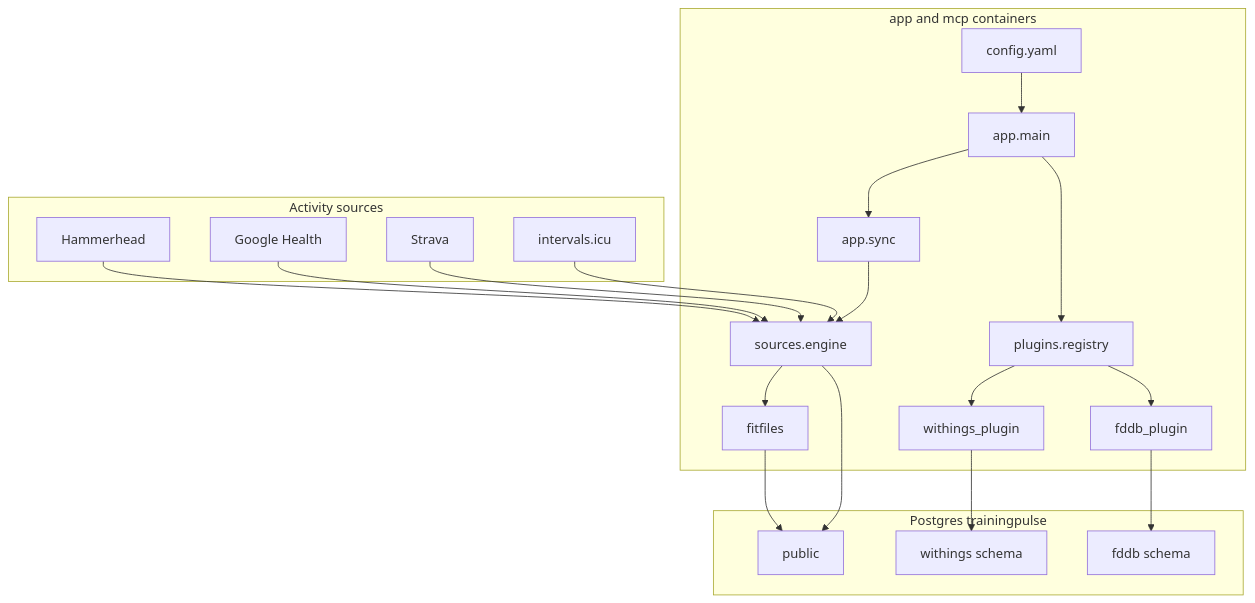
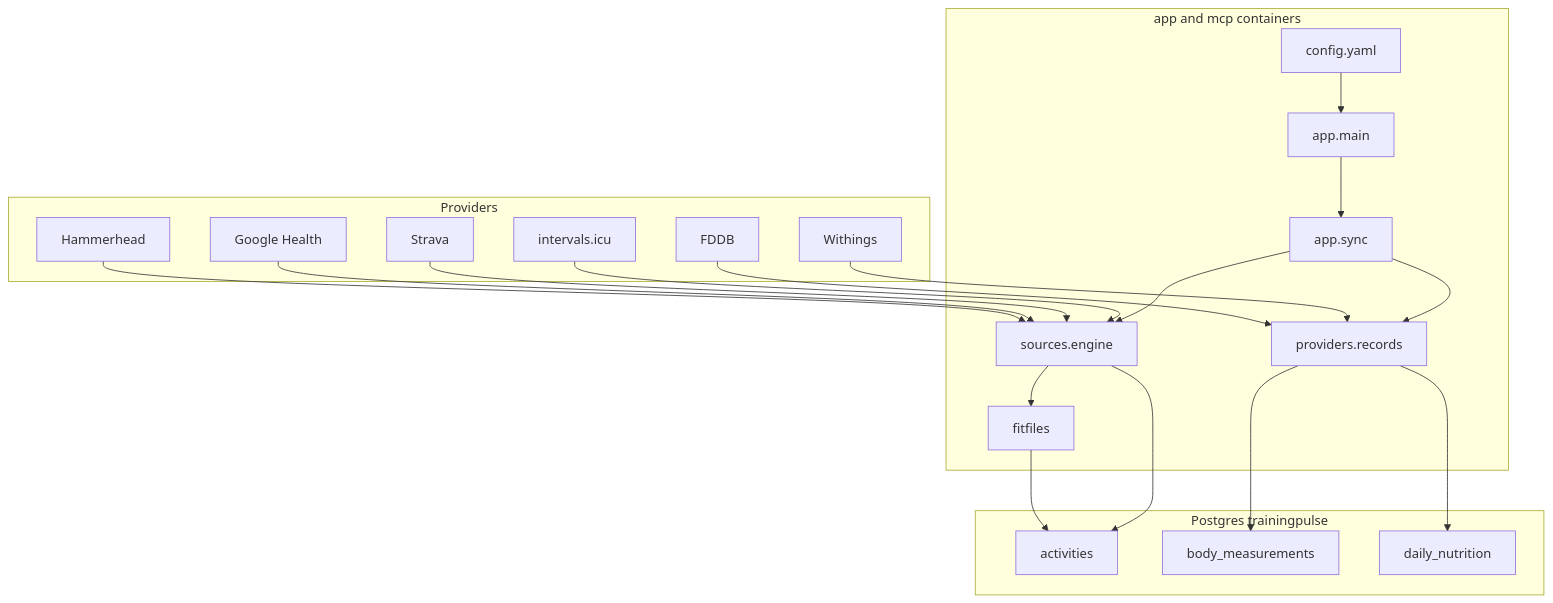
Before and after one commit to mkuf/TrainingPulse: the diagram in DEVELOPERS.md, drawn with Mermaid. The commit also changed other lines of this file and 64 other files, not shown here.

````diff
--- a/DEVELOPERS.md
+++ b/DEVELOPERS.md
@@ -21,37 +21,39 @@
 ```mermaid
 flowchart TB
-  subgraph sources [Activity sources]
+  subgraph providers [Providers]
     ICU[intervals.icu]
     Strava[Strava]
     GHealth[Google Health]
     Hammerhead[Hammerhead]
+    Withings[Withings]
+    FDDB[FDDB]
   end
   subgraph app_container [app and mcp containers]
     Cfg[config.yaml]
     Main[app.main]
     Sync[app.sync]
     Engine[sources.engine]
+    Records[providers.records]
     Fit[fitfiles]
-    Reg[plugins.registry]
     Cfg --> Main
     Main --> Sync
     Sync --> Engine
+    Sync --> Records
     Engine --> Fit
-    Main --> Reg
-    Reg --> Withings[withings_plugin]
-    Reg --> Fddb[fddb_plugin]
   end
   subgraph pg [Postgres trainingpulse]
-    Public[public]
-    Wsch[withings schema]
-    Fsch[fddb schema]
+    Acts[activities]
+    Body[body_measurements]
+    Nut[daily_nutrition]
   end
   ICU --> Engine
   Strava --> Engine
   GHealth --> Engine
   Hammerhead --> Engine
-  Engine --> Public
-  Fit --> Public
-  Withings --> Wsch
-  Fddb --> Fsch
+  Withings --> Records
+  FDDB --> Records
+  Engine --> Acts
+  Fit --> Acts
+  Records --> Body
+  Records --> Nut
 ```
````
